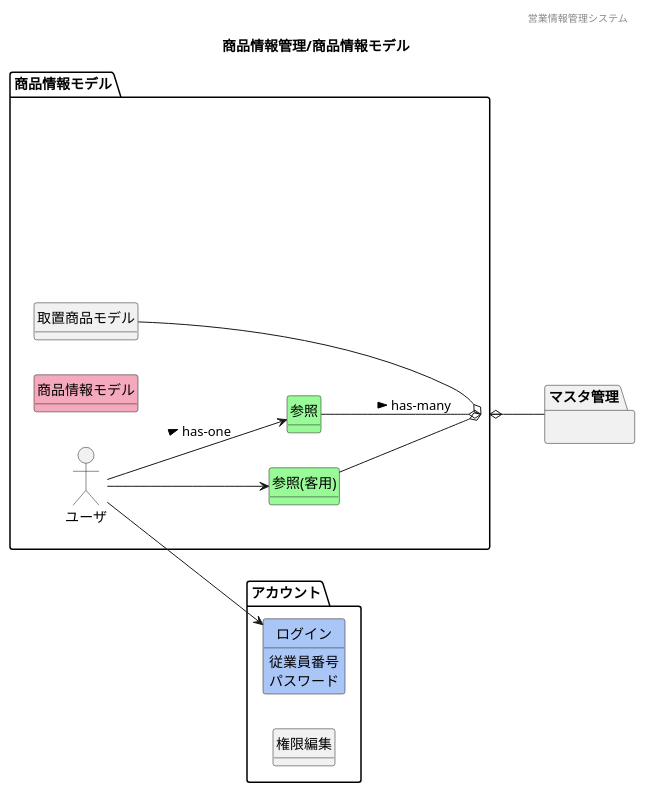
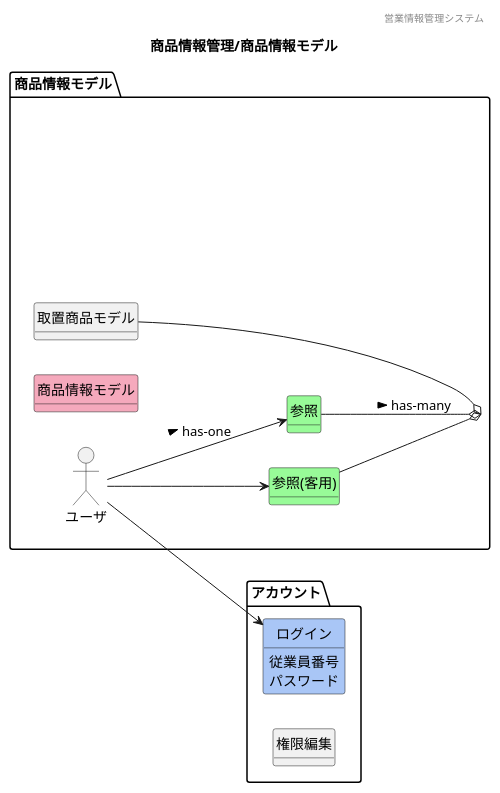
The diagram in 各種設計書/1ドメインモデル図/商品情報管理/F10見積.plantuml (HaruShim/Sotuken), drawn with PlantUML before and after one commit. The commit also changed 7 other files, not shown here.

```diff
--- a/各種設計書/1ドメインモデル図/商品情報管理/F10見積.plantuml
+++ b/各種設計書/1ドメインモデル図/商品情報管理/F10見積.plantuml
@@ -1,49 +1,49 @@
 @startuml images/商品情報管理/商品情報モデル
 ' ヘッダー
 header 営業情報管理システム
 ' タイトル
 title 商品情報管理/商品情報モデル
 ' 
 hide circle
 ' 
 hide method
 left to right direction
 
 package "アカウント"{
     class "ログイン" #A9C6F6
     class "権限編集"
 }
 package "商品情報モデル" {
     mix_actor "ユーザ"
         class "参照(客用)" #98fb98
         class "参照" #98fb98
         class "商品情報モデル" #F5A9BC
         class "取置商品モデル" 
 }
 
-package "マスタ管理"{
-}
+' package "マスタ管理"{
+' }
 
     ユーザ --> 参照 : > has-one
     ユーザ --> "参照(客用)"
     ユーザ --> ログイン
     参照 --o 商品情報モデル : > has-many
     "参照(客用)" --o 商品情報モデル
     商品情報モデル o-- 取置商品モデル
-    商品情報モデル o-- マスタ管理
+    ' 商品情報モデル o-- マスタ管理
     ログイン : 従業員番号
     ログイン : パスワード
     
     商品情報モデル : 商品コード
     商品情報モデル : JANコード
     商品情報モデル : 型番
     商品情報モデル : メーカー名
     商品情報モデル : 店舗ID
     商品情報モデル : カテゴリ
     商品情報モデル : 商品状態
     商品情報モデル : 仕入価格
     商品情報モデル : 商品画像
     商品情報モデル : 作成日時
     商品情報モデル : 最終更新日時
 
 @enduml
```
